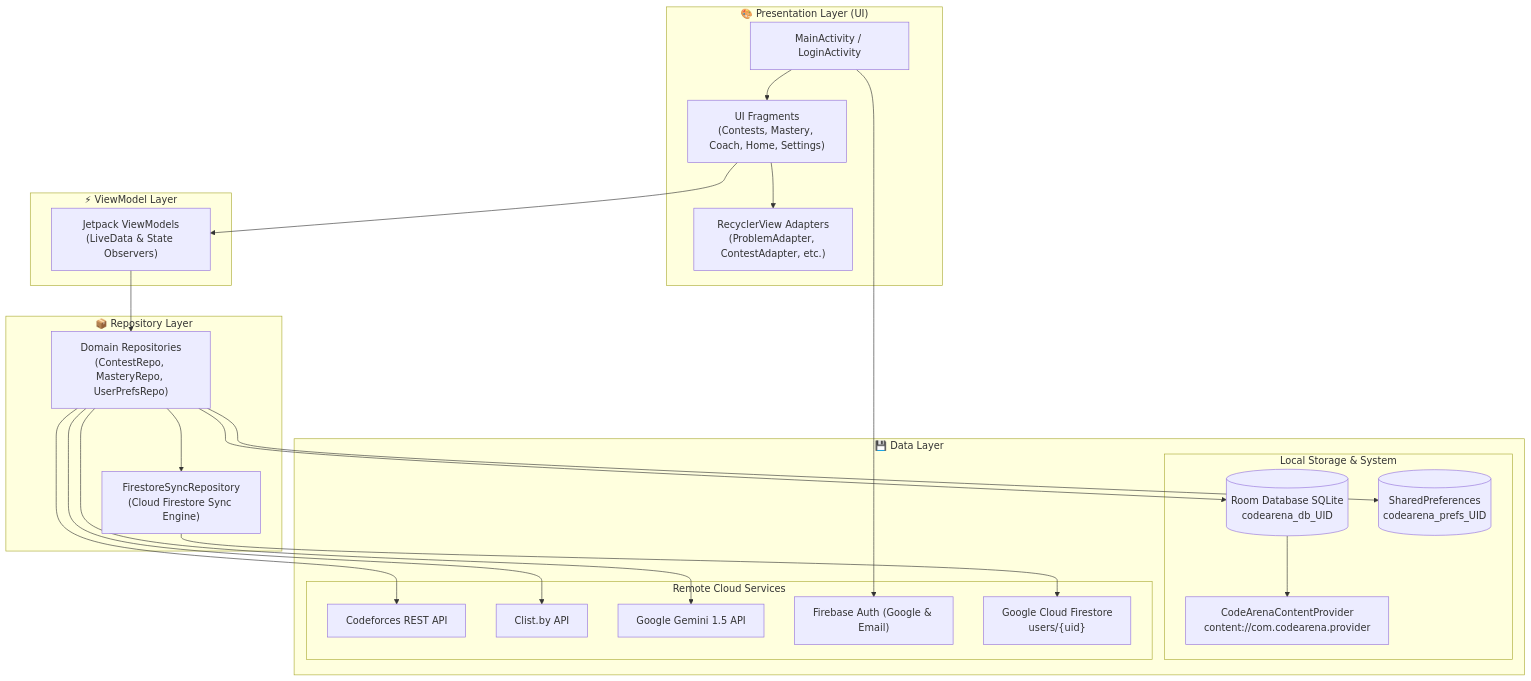
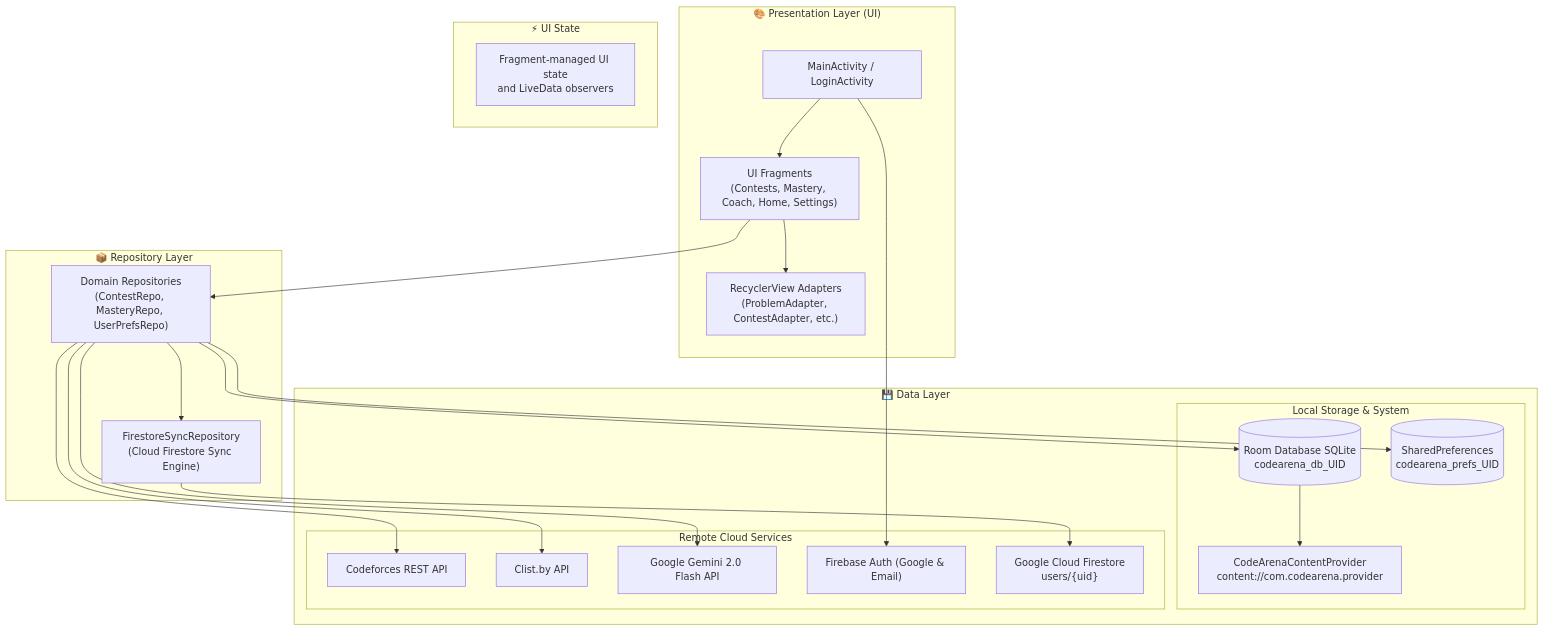
One commit to MONTASIR-JOY/CodeArena changed the diagram in README.md. Above: the diagram before and after it, drawn with Mermaid. The commit also changed other lines of this file and 20 other files, not shown here.

````diff
--- a/README.md
+++ b/README.md
@@ -171,46 +117,45 @@
 ```mermaid
 flowchart TD
     subgraph UI ["🎨 Presentation Layer (UI)"]
         Activity["MainActivity / LoginActivity"]
         Fragments["UI Fragments<br>(Contests, Mastery, Coach, Home, Settings)"]
         Adapters["RecyclerView Adapters<br>(ProblemAdapter, ContestAdapter, etc.)"]
     end
 
-    subgraph VM ["⚡ ViewModel Layer"]
-        ViewModels["Jetpack ViewModels<br>(LiveData & State Observers)"]
+    subgraph STATE ["⚡ UI State"]
+        UIState["Fragment-managed UI state<br>and LiveData observers"]
     end
 
     subgraph REPO ["📦 Repository Layer"]
         Repositories["Domain Repositories<br>(ContestRepo, MasteryRepo, UserPrefsRepo)"]
         FirestoreSync["FirestoreSyncRepository<br>(Cloud Firestore Sync Engine)"]
     end
 
     subgraph DATA ["💾 Data Layer"]
         subgraph LOCAL ["Local Storage & System"]
             RoomDB[("Room Database SQLite<br>codearena_db_UID")]
             Prefs[("SharedPreferences<br>codearena_prefs_UID")]
             ContentProv["CodeArenaContentProvider<br>content://com.codearena.provider"]
         end
         subgraph REMOTE ["Remote Cloud Services"]
             CF_API["Codeforces REST API"]
             CLIST_API["Clist.by API"]
-            GEMINI_API["Google Gemini 1.5 API"]
+            GEMINI_API["Google Gemini 2.0 Flash API"]
             FIREBASE_AUTH["Firebase Auth (Google & Email)"]
             FIRESTORE["Google Cloud Firestore<br>users/{uid}"]
         end
     end
 
     Activity --> Fragments
     Fragments --> Adapters
-    Fragments --> ViewModels
-    ViewModels --> Repositories
+    Fragments --> Repositories
     Repositories --> RoomDB
     Repositories --> Prefs
     Repositories --> FirestoreSync
     FirestoreSync --> FIRESTORE
     Repositories --> CF_API
     Repositories --> CLIST_API
     Repositories --> GEMINI_API
     Activity --> FIREBASE_AUTH
     RoomDB --> ContentProv
 ```
````
